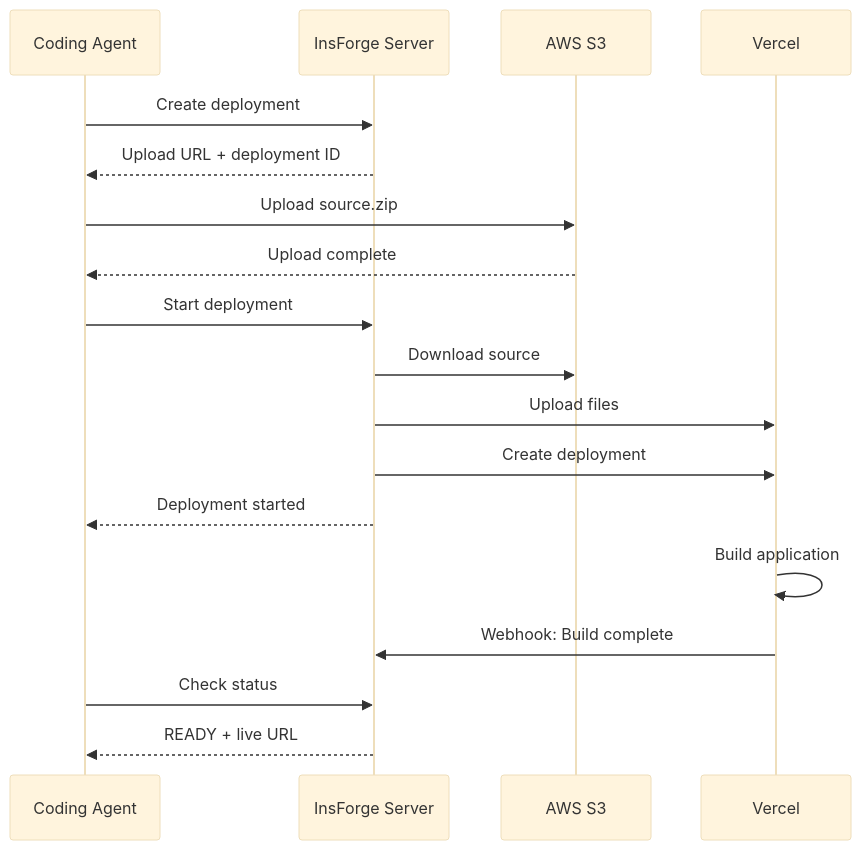
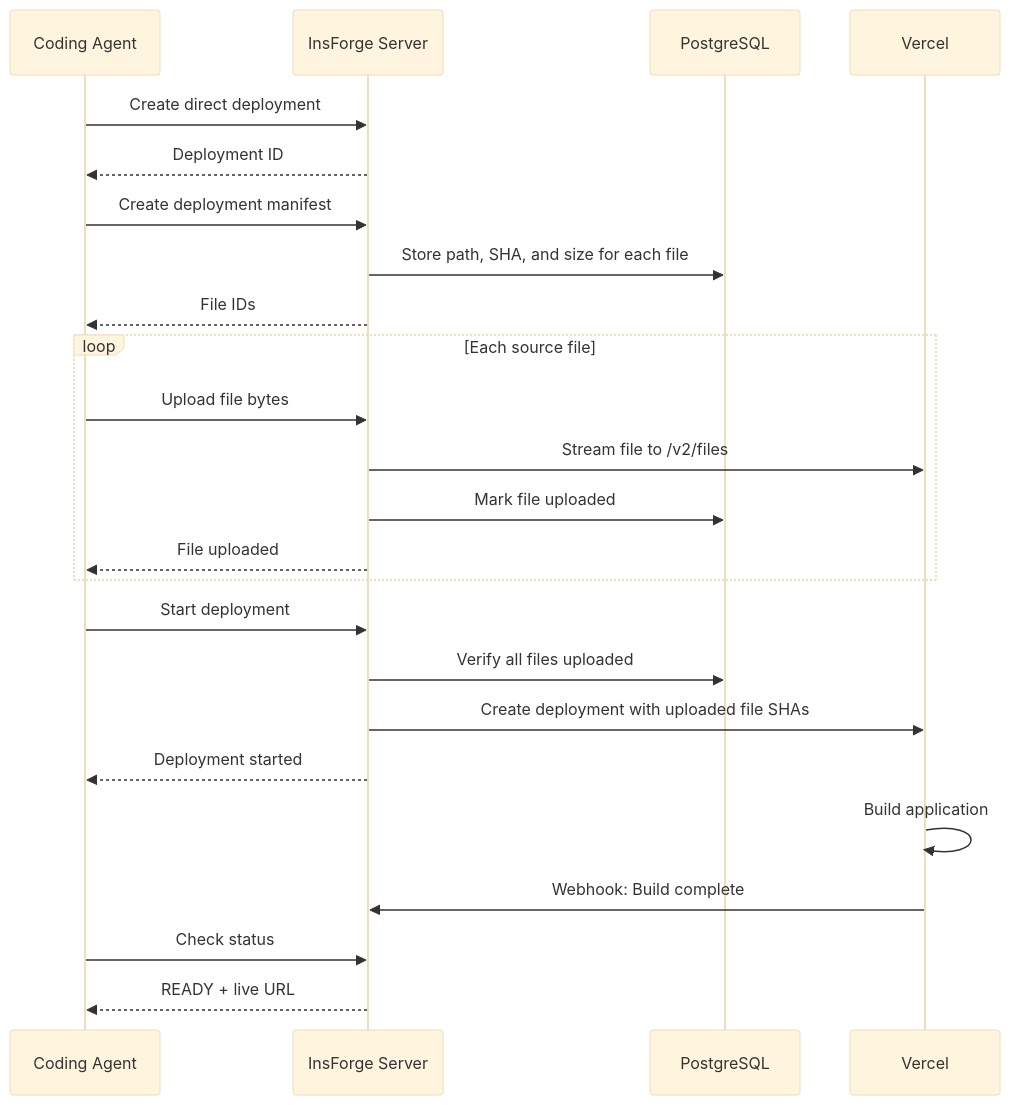
Before and after one commit to InsForge/InsForge: the second of 2 diagrams in docs/core-concepts/deployments/architecture.mdx, drawn with Mermaid (base theme). The commit also changed other lines of this file and 12 other files, not shown here.

Commit message:
add direct flow

````diff
--- a/docs/core-concepts/deployments/architecture.mdx
+++ b/docs/core-concepts/deployments/architecture.mdx
@@ -54,25 +60,32 @@
 ```mermaid
 sequenceDiagram
     participant Agent as Coding Agent
     participant API as InsForge Server
-    participant S3 as AWS S3
+    participant DB as PostgreSQL
     participant Vercel as Vercel
 
-    Agent->>API: Create deployment
-    API-->>Agent: Upload URL + deployment ID
+    Agent->>API: Create direct deployment
+    API-->>Agent: Deployment ID
 
-    Agent->>S3: Upload source.zip
-    S3-->>Agent: Upload complete
+    Agent->>API: Create deployment manifest
+    API->>DB: Store path, SHA, and size for each file
+    API-->>Agent: File IDs
+
+    loop Each source file
+        Agent->>API: Upload file bytes
+        API->>Vercel: Stream file to /v2/files
+        API->>DB: Mark file uploaded
+        API-->>Agent: File uploaded
+    end
 
     Agent->>API: Start deployment
-    API->>S3: Download source
-    API->>Vercel: Upload files
-    API->>Vercel: Create deployment
+    API->>DB: Verify all files uploaded
+    API->>Vercel: Create deployment with uploaded file SHAs
     API-->>Agent: Deployment started
 
     Vercel->>Vercel: Build application
     Vercel->>API: Webhook: Build complete
 
     Agent->>API: Check status
     API-->>Agent: READY + live URL
 ```
````
